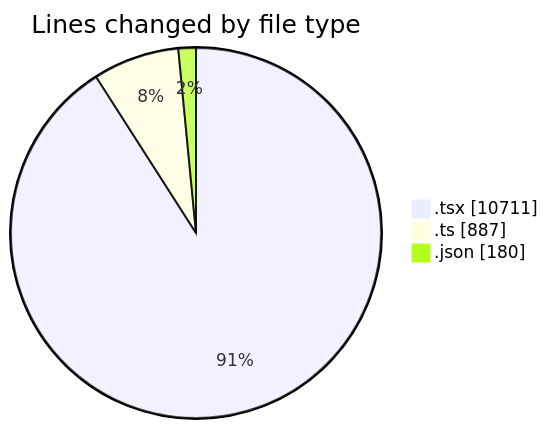
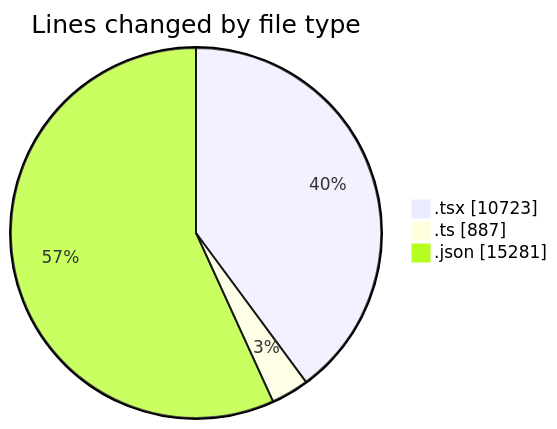
One commit to robertbonfada/code-tracking changed the first of 2 diagrams in 2025-02-18/mbc-web/README.md. Above: the diagram before and after it, drawn with Mermaid. The commit also changed other lines of this file and 1 other file, not shown here.

````diff
--- a/2025-02-18/mbc-web/README.md
+++ b/2025-02-18/mbc-web/README.md
@@ -139,7 +140,7 @@
 ```mermaid
 pie showData
 title Lines changed by file type
-".tsx" : 10711
+".tsx" : 10723
 ".ts" : 887
-".json" : 180
+".json" : 15281
 ```
````
